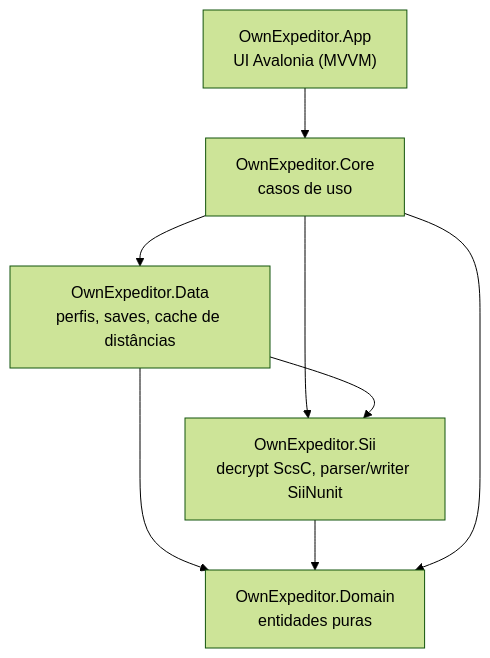
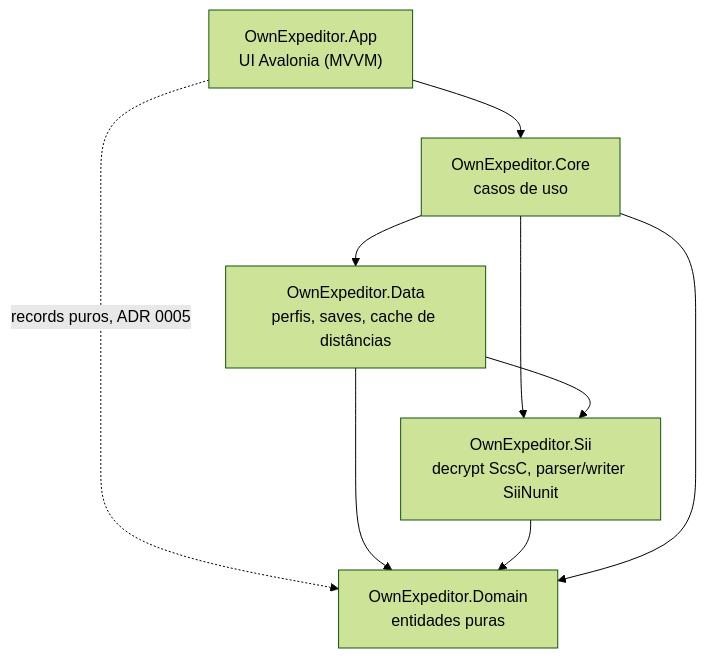
The first of 2 diagrams in docs/architecture/overview.md (enxadadev/own-expeditor), drawn with Mermaid (forest theme) before and after one commit. The commit also changed other lines of this file and 8 other files, not shown here.

````diff
--- a/docs/architecture/overview.md
+++ b/docs/architecture/overview.md
@@ -10,16 +10,17 @@
 ```mermaid
 flowchart TD
     App["OwnExpeditor.App<br/>UI Avalonia (MVVM)"]
     Core["OwnExpeditor.Core<br/>casos de uso"]
     Data["OwnExpeditor.Data<br/>perfis, saves, cache de distâncias"]
     Sii["OwnExpeditor.Sii<br/>decrypt ScsC, parser/writer SiiNunit"]
     Domain["OwnExpeditor.Domain<br/>entidades puras"]
 
     App --> Core
+    App -.->|records puros, ADR 0005| Domain
     Core --> Data
     Core --> Sii
     Data --> Sii
     Data --> Domain
     Sii --> Domain
     Core --> Domain
 ```
````
